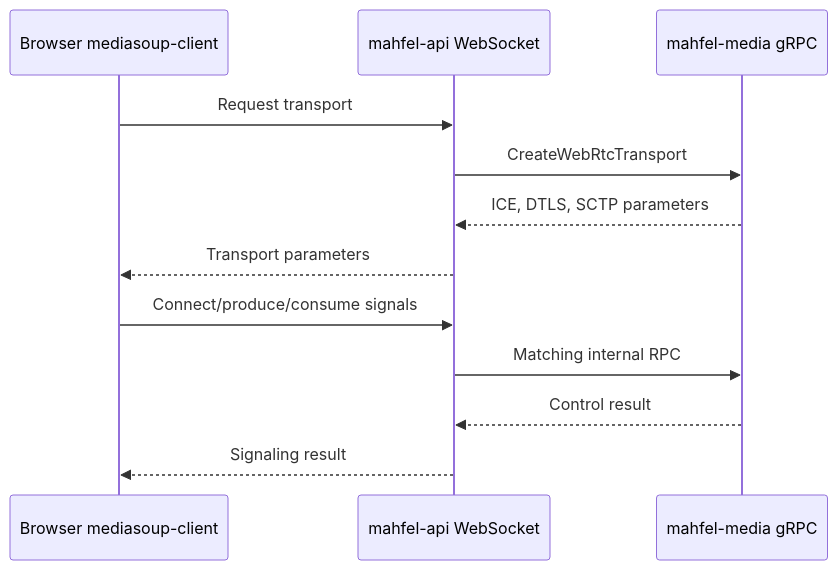
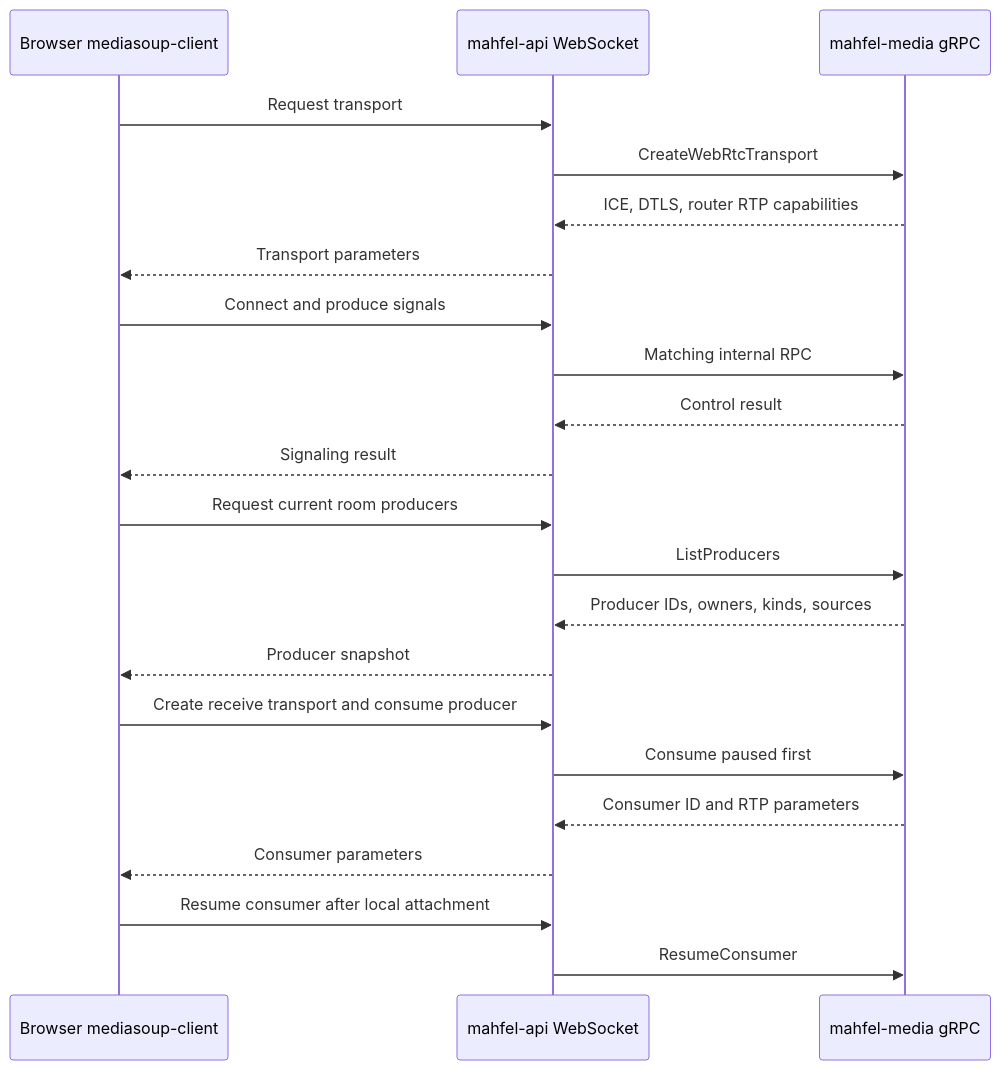
One commit to mhyrzt/mahfel changed the eighth of 11 diagrams in docs/architecture/data-flow.md. Above: the diagram before and after it, drawn with Mermaid. The commit also changed other lines of this file and 3 other files, not shown here.

````diff
--- a/docs/architecture/data-flow.md
+++ b/docs/architecture/data-flow.md
@@ -214,14 +214,24 @@
 ```mermaid
 sequenceDiagram
   participant B as Browser mediasoup-client
   participant A as mahfel-api WebSocket
   participant M as mahfel-media gRPC
   B->>A: Request transport
   A->>M: CreateWebRtcTransport
-  M-->>A: ICE, DTLS, SCTP parameters
+  M-->>A: ICE, DTLS, router RTP capabilities
   A-->>B: Transport parameters
-  B->>A: Connect/produce/consume signals
+  B->>A: Connect and produce signals
   A->>M: Matching internal RPC
   M-->>A: Control result
   A-->>B: Signaling result
+  B->>A: Request current room producers
+  A->>M: ListProducers
+  M-->>A: Producer IDs, owners, kinds, sources
+  A-->>B: Producer snapshot
+  B->>A: Create receive transport and consume producer
+  A->>M: Consume paused first
+  M-->>A: Consumer ID and RTP parameters
+  A-->>B: Consumer parameters
+  B->>A: Resume consumer after local attachment
+  A->>M: ResumeConsumer
 ```
````
